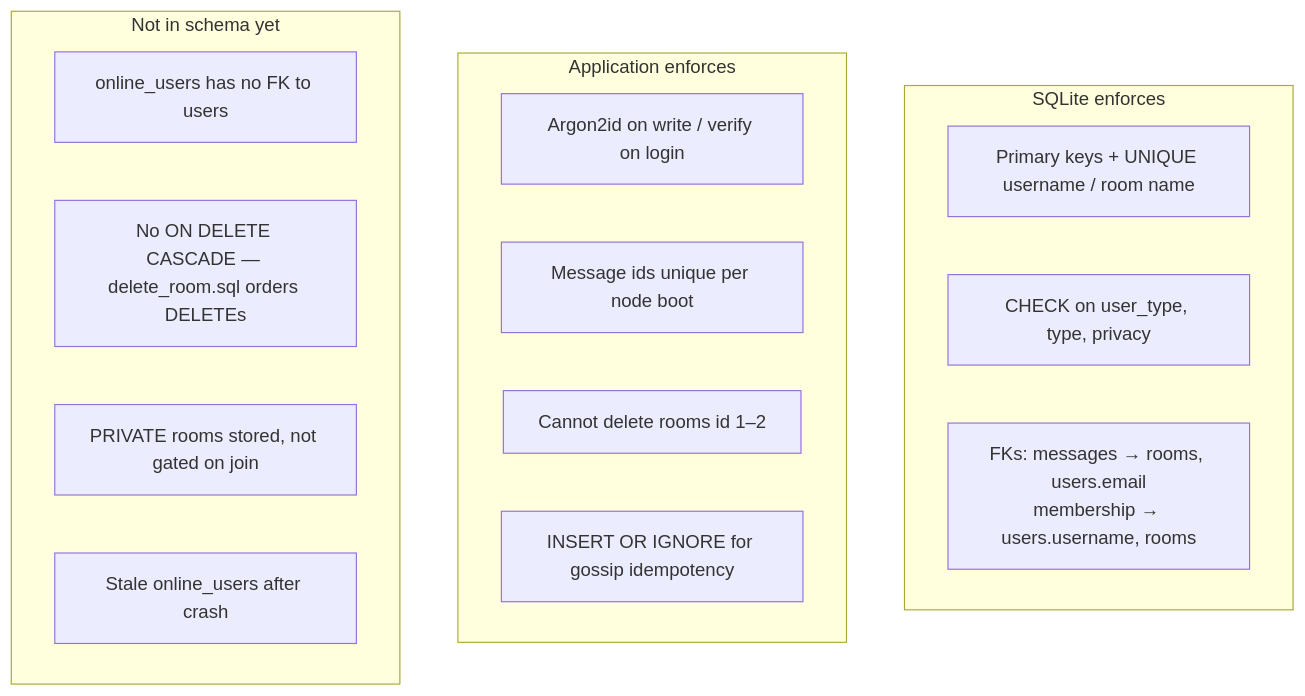
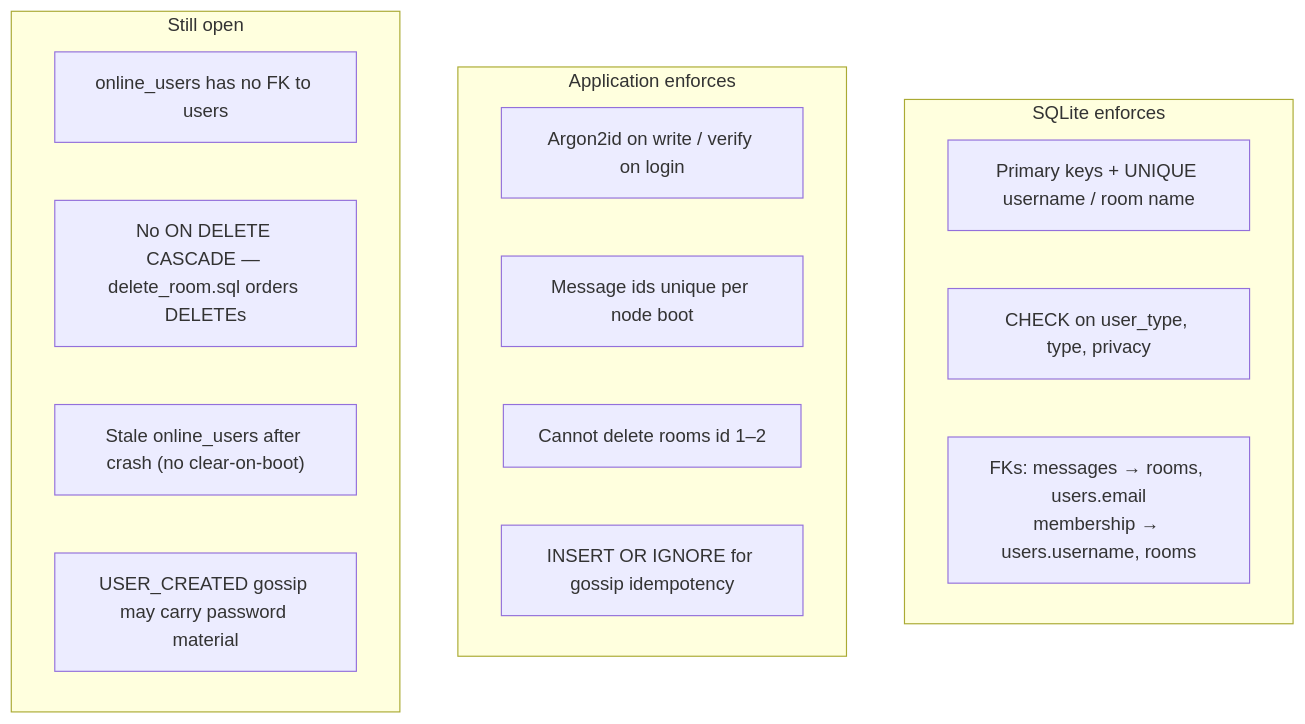
Before and after one commit to OmriSpitzer/Distributed-Chat-Server: the ninth of 9 diagrams in database.md, drawn with Mermaid. The commit also changed other lines of this file and 17 other files, not shown here.

````diff
--- a/database.md
+++ b/database.md
@@ -397,22 +433,22 @@
 ```mermaid
 flowchart TB
   subgraph Enforced["SQLite enforces"]
     PK["Primary keys + UNIQUE username / room name"]
     CK["CHECK on user_type, type, privacy"]
     FK["FKs: messages → rooms, users.email<br/>membership → users.username, rooms"]
   end
 
   subgraph App["Application enforces"]
     HASH["Argon2id on write / verify on login"]
     MID["Message ids unique per node boot"]
     SEED["Cannot delete rooms id 1–2"]
     IGN["INSERT OR IGNORE for gossip idempotency"]
   end
 
-  subgraph Gaps["Not in schema yet"]
+  subgraph Gaps["Still open"]
     OFK["online_users has no FK to users"]
     Casc["No ON DELETE CASCADE — delete_room.sql orders DELETEs"]
-    Priv["PRIVATE rooms stored, not gated on join"]
-    Boot["Stale online_users after crash"]
+    Boot["Stale online_users after crash (no clear-on-boot)"]
+    Hash["USER_CREATED gossip may carry password material"]
   end
 ```
````
